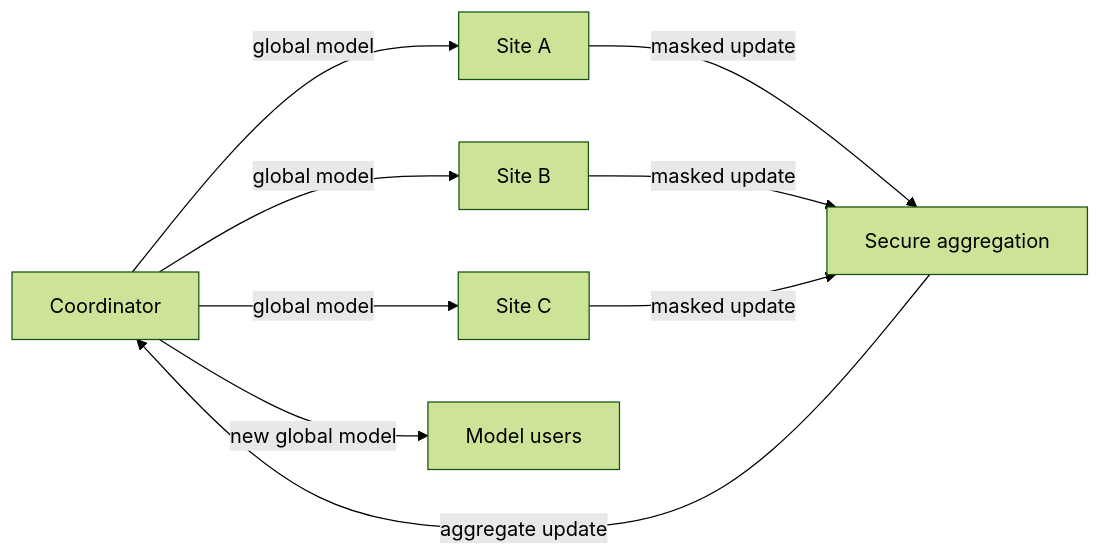
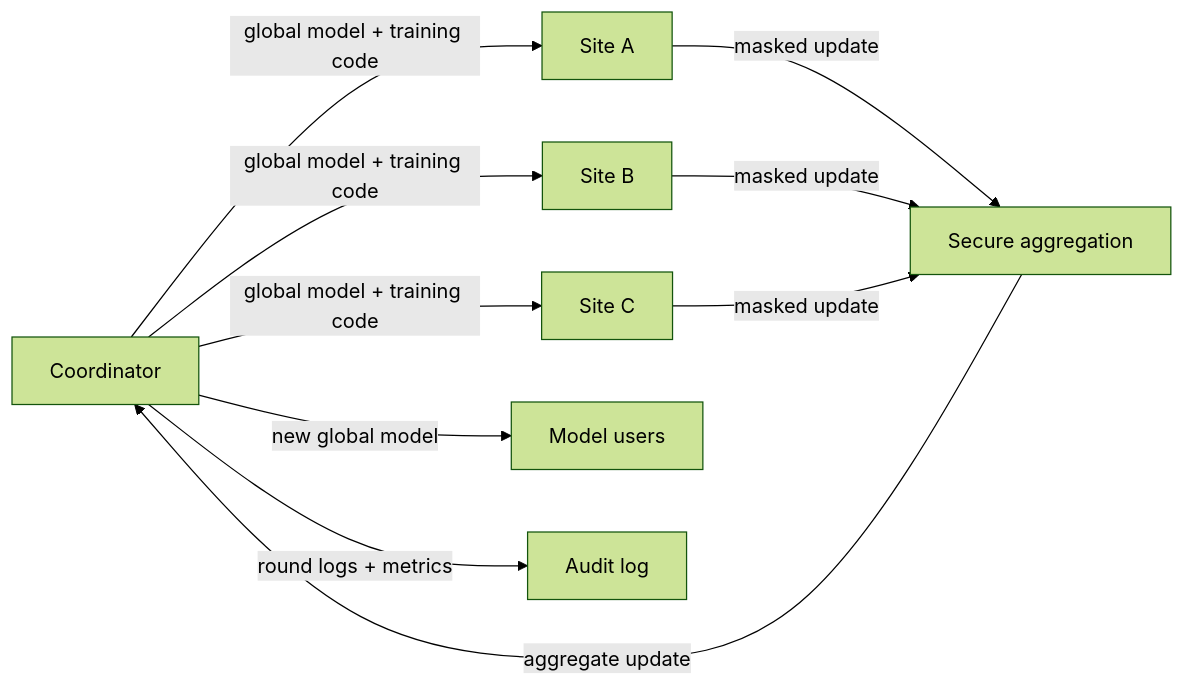
The diagram in docs/pet-architectures/fl-secure-aggregation.md (I-Love-PETs/i-love-pets.github.io), drawn with Mermaid (forest theme) before and after one commit. The commit also changed other lines of this file and 6 other files, not shown here.

Commit message:
docs(architectures): add v0.4 trust-boundary reviews

````diff
--- a/docs/pet-architectures/fl-secure-aggregation.md
+++ b/docs/pet-architectures/fl-secure-aggregation.md
@@ -13,11 +13,12 @@
 ```mermaid
 flowchart LR
-  C[Coordinator] -->|global model| A[Site A]
-  C -->|global model| B[Site B]
-  C -->|global model| D[Site C]
+  C[Coordinator] -->|global model + training code| A[Site A]
+  C -->|global model + training code| B[Site B]
+  C -->|global model + training code| D[Site C]
   A -->|masked update| S[Secure aggregation]
   B -->|masked update| S
   D -->|masked update| S
   S -->|aggregate update| C
   C -->|new global model| U[Model users]
+  C -->|round logs + metrics| L[Audit log]
 ```
````
